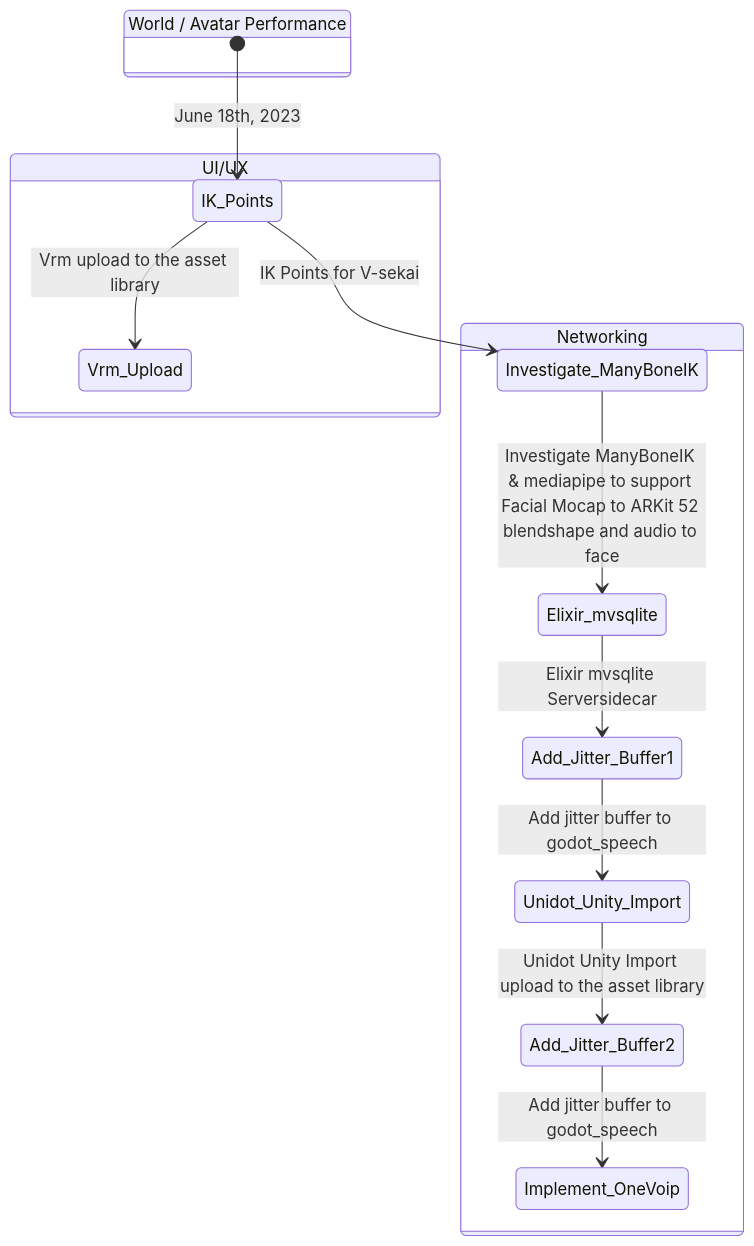
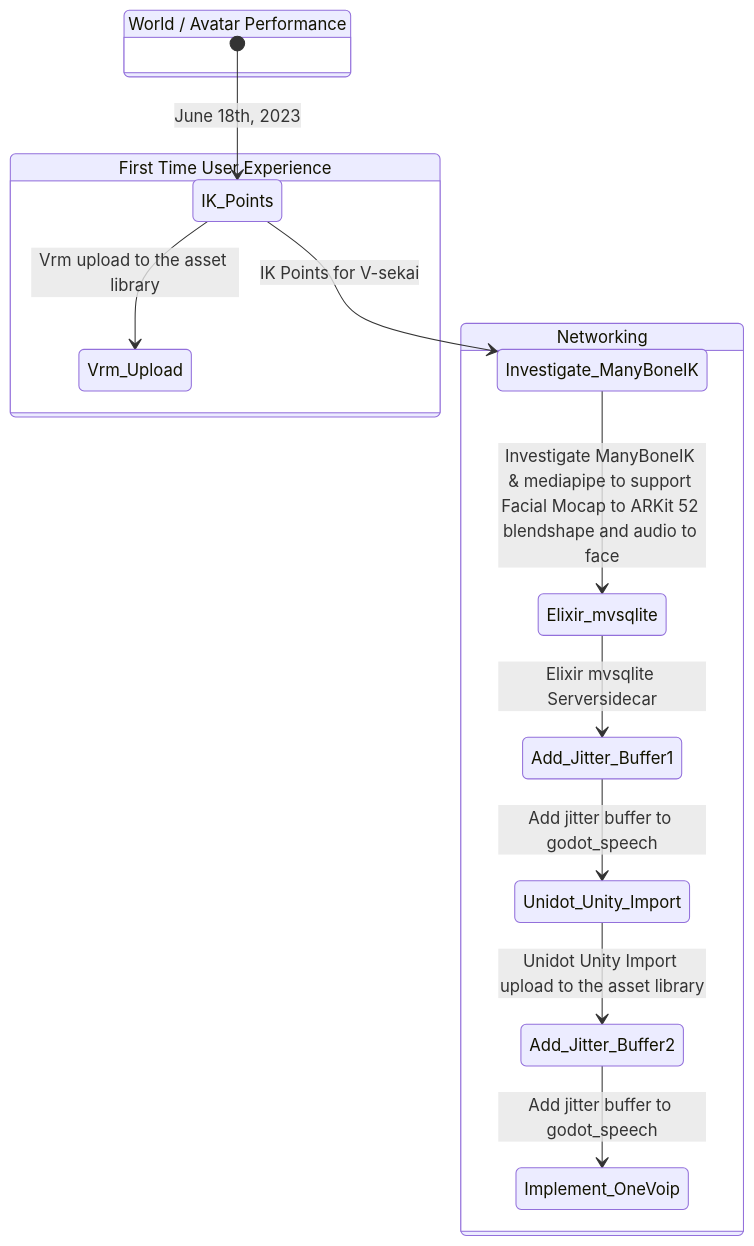
Before and after one commit to V-Sekai/manuals: the diagram in decisions/20230618-v-sekai-roadmap.md, drawn with Mermaid.

Commit message:
Update state chart.

````diff
--- a/decisions/20230618-v-sekai-roadmap.md
+++ b/decisions/20230618-v-sekai-roadmap.md
@@ -25,19 +25,19 @@
 ```mermaid
 stateDiagram-v2
   state "World / Avatar Performance" as WAP {
     [*] --> IK_Points: June 18th, 2023
     IK_Points --> Investigate_ManyBoneIK: IK Points for V-sekai
   }
   
   state "Networking" as NET {
     Investigate_ManyBoneIK --> Elixir_mvsqlite: Investigate ManyBoneIK & mediapipe to support Facial Mocap to ARKit 52 blendshape and audio to face
     Elixir_mvsqlite --> Add_Jitter_Buffer1: Elixir mvsqlite Serversidecar
     Add_Jitter_Buffer1 --> Unidot_Unity_Import: Add jitter buffer to godot_speech
     Unidot_Unity_Import --> Add_Jitter_Buffer2: Unidot Unity Import upload to the asset library
     Add_Jitter_Buffer2 --> Implement_OneVoip: Add jitter buffer to godot_speech
   }
 
-  state "UI/UX" as UIUX {
+  state "First Time User Experience" as FTUX {
     IK_Points --> Vrm_Upload: Vrm upload to the asset library
   }
 ```
````
